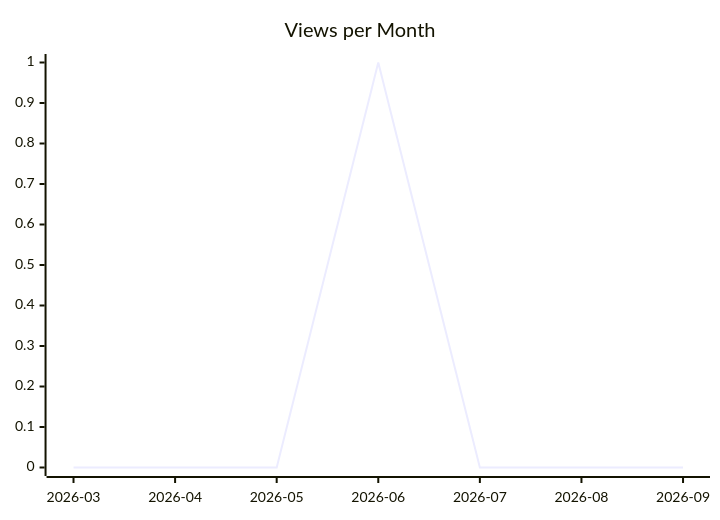
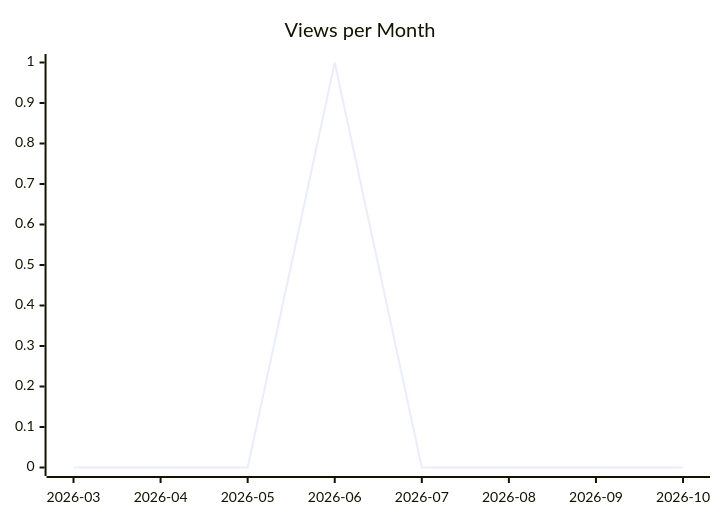
Before and after one commit to justdavis-family/github-analytics-data: the second of 3 diagrams in karlmdavis/perfect-note/README.md, drawn with Mermaid. The commit also changed other lines of this file and 202 other files, not shown here.

````diff
--- a/karlmdavis/perfect-note/README.md
+++ b/karlmdavis/perfect-note/README.md
@@ -12,6 +12,6 @@
 ```mermaid
 xychart-beta
   title "Views per Month"
-  x-axis ["2026-03", "2026-04", "2026-05", "2026-06", "2026-07", "2026-08", "2026-09"]
-  line [0, 0, 0, 1, 0, 0, 0]
+  x-axis ["2026-03", "2026-04", "2026-05", "2026-06", "2026-07", "2026-08", "2026-09", "2026-10"]
+  line [0, 0, 0, 1, 0, 0, 0, 0]
 ```
````
